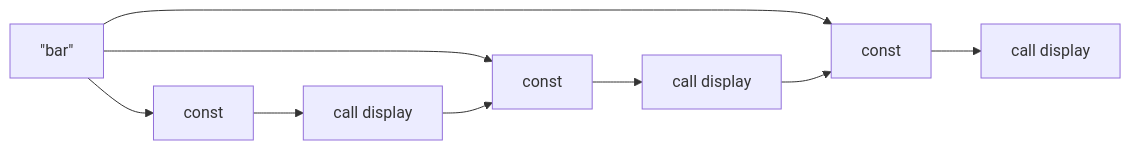
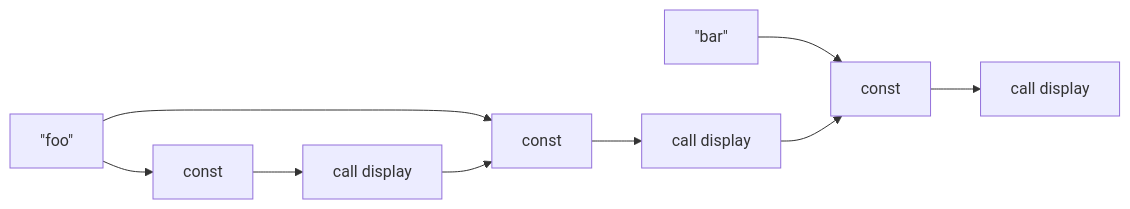
Before and after one commit to raviqqe/doc: the diagram in slides/papers/stak-scheme/duplicate-strings.mmd, drawn with Mermaid.

```diff
--- a/slides/papers/stak-scheme/duplicate-strings.mmd
+++ b/slides/papers/stak-scheme/duplicate-strings.mmd
@@ -1,7 +1,7 @@
 flowchart LR
   d0[#quot;foo#quot;] --> c0
-  d0[#quot;bar#quot;] --> c4
   d0 --> c2
+  d1[#quot;bar#quot;] --> c4
   c0[const ] --> c1[call display] --> c2
   c2[const] --> c3[call display] --> c4
   c4[const] --> c5[call display]
```
